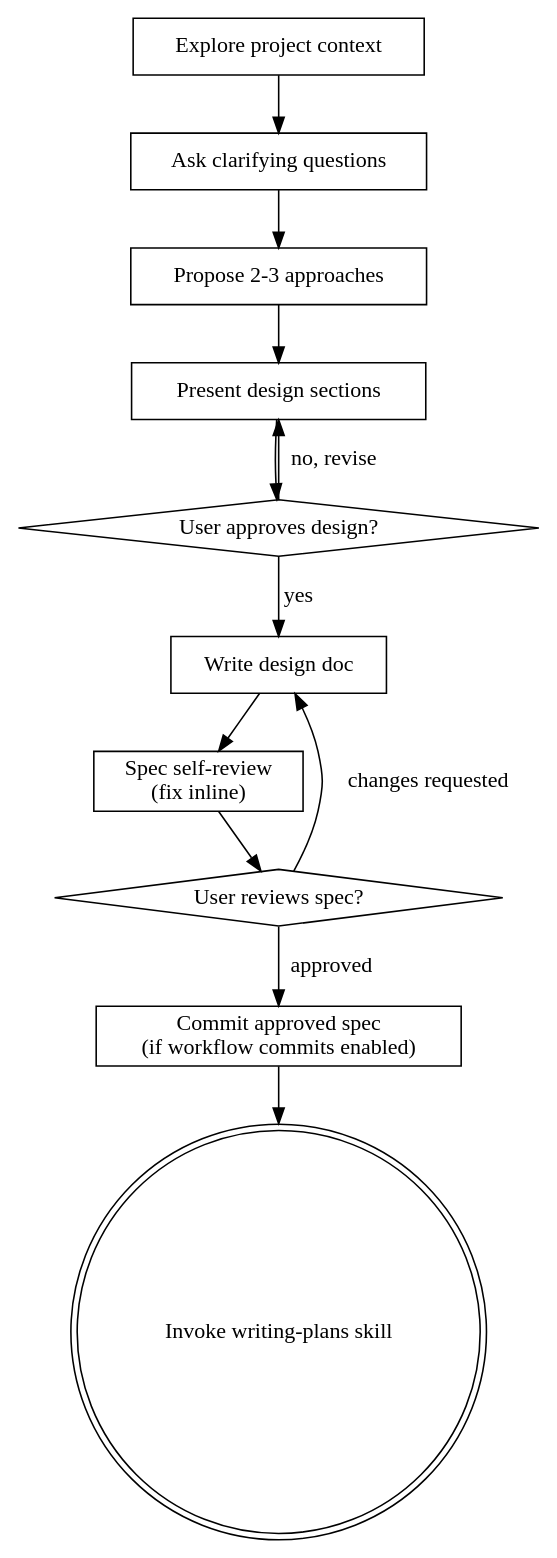
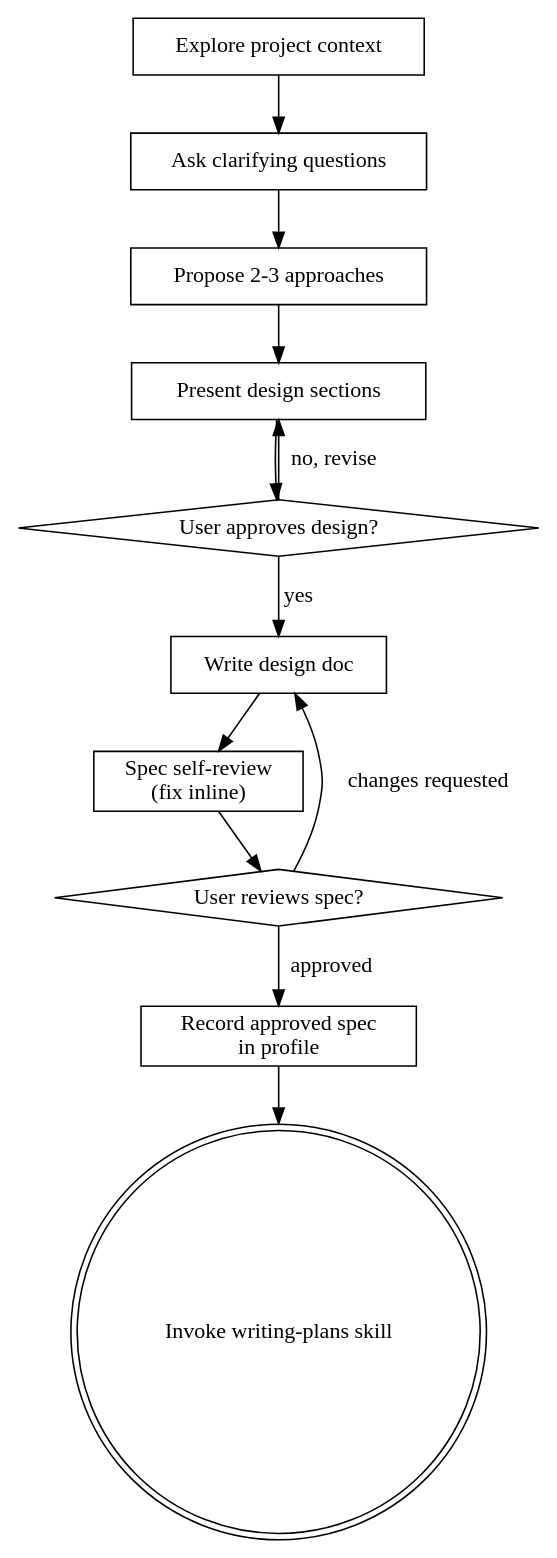
The diagram in skills/brainstorming/SKILL.md (notchrisbutler/superpowers-custom), drawn with Graphviz before and after one commit. The commit also changed other lines of this file and 50 other files, not shown here.

````diff
--- a/skills/brainstorming/SKILL.md
+++ b/skills/brainstorming/SKILL.md
@@ -36,26 +37,26 @@
 ```dot
 digraph brainstorming {
     "Explore project context" [shape=box];
     "Ask clarifying questions" [shape=box];
     "Propose 2-3 approaches" [shape=box];
     "Present design sections" [shape=box];
     "User approves design?" [shape=diamond];
     "Write design doc" [shape=box];
     "Spec self-review\n(fix inline)" [shape=box];
     "User reviews spec?" [shape=diamond];
-    "Commit approved spec\n(if workflow commits enabled)" [shape=box];
+    "Record approved spec\nin profile" [shape=box];
     "Invoke writing-plans skill" [shape=doublecircle];
 
     "Explore project context" -> "Ask clarifying questions";
     "Ask clarifying questions" -> "Propose 2-3 approaches";
     "Propose 2-3 approaches" -> "Present design sections";
     "Present design sections" -> "User approves design?";
     "User approves design?" -> "Present design sections" [label="no, revise"];
     "User approves design?" -> "Write design doc" [label="yes"];
     "Write design doc" -> "Spec self-review\n(fix inline)";
     "Spec self-review\n(fix inline)" -> "User reviews spec?";
     "User reviews spec?" -> "Write design doc" [label="changes requested"];
-    "User reviews spec?" -> "Commit approved spec\n(if workflow commits enabled)" [label="approved"];
-    "Commit approved spec\n(if workflow commits enabled)" -> "Invoke writing-plans skill";
+    "User reviews spec?" -> "Record approved spec\nin profile" [label="approved"];
+    "Record approved spec\nin profile" -> "Invoke writing-plans skill";
 }
 ```
````
